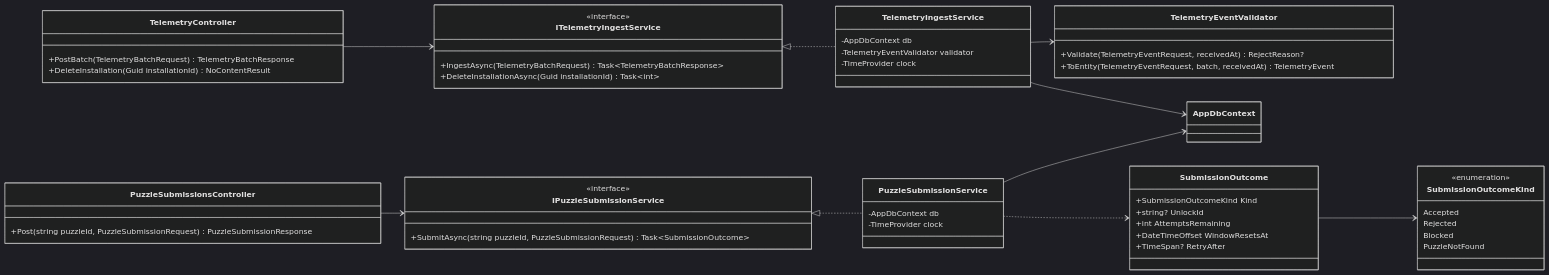
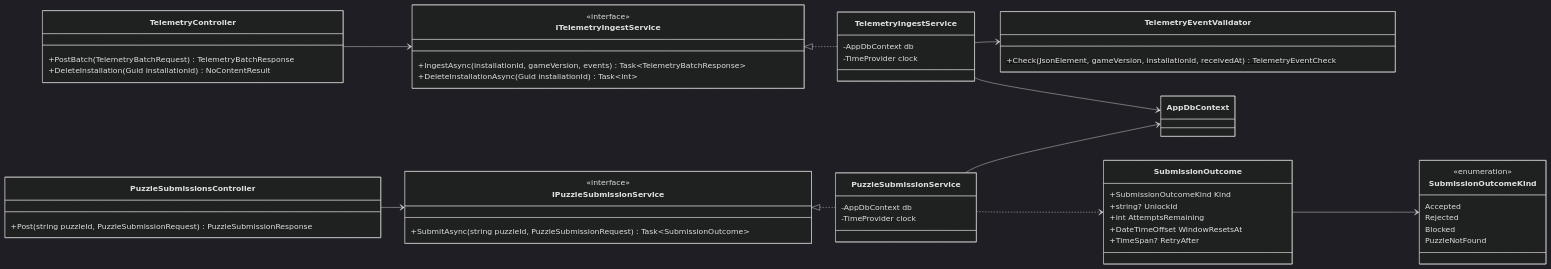
Before and after one commit to qivarnq3g/3-gio-12: the second of 5 diagrams in docs/thiet-ke/luoc-do-lop-may-chu.md, drawn with Mermaid (dark theme). The commit also changed other lines of this file, not shown here.

````diff
--- a/docs/thiet-ke/luoc-do-lop-may-chu.md
+++ b/docs/thiet-ke/luoc-do-lop-may-chu.md
@@ -166,68 +166,66 @@
 ```mermaid
 classDiagram
     direction LR
 
     class TelemetryController {
         +PostBatch(TelemetryBatchRequest) TelemetryBatchResponse
         +DeleteInstallation(Guid installationId) NoContentResult
     }
 
     class PuzzleSubmissionsController {
         +Post(string puzzleId, PuzzleSubmissionRequest) PuzzleSubmissionResponse
     }
 
     class ITelemetryIngestService {
         <<interface>>
-        +IngestAsync(TelemetryBatchRequest) Task~TelemetryBatchResponse~
+        +IngestAsync(installationId, gameVersion, events) Task~TelemetryBatchResponse~
         +DeleteInstallationAsync(Guid installationId) Task~int~
     }
 
     class TelemetryIngestService {
         -AppDbContext db
-        -TelemetryEventValidator validator
         -TimeProvider clock
     }
 
     class TelemetryEventValidator {
-        +Validate(TelemetryEventRequest, receivedAt) RejectReason?
-        +ToEntity(TelemetryEventRequest, batch, receivedAt) TelemetryEvent
+        +Check(JsonElement, gameVersion, installationId, receivedAt) TelemetryEventCheck$
     }
 
     class IPuzzleSubmissionService {
         <<interface>>
         +SubmitAsync(string puzzleId, PuzzleSubmissionRequest) Task~SubmissionOutcome~
     }
 
     class PuzzleSubmissionService {
         -AppDbContext db
         -TimeProvider clock
     }
 
     class SubmissionOutcome {
         +SubmissionOutcomeKind Kind
         +string? UnlockId
         +int AttemptsRemaining
         +DateTimeOffset WindowResetsAt
         +TimeSpan? RetryAfter
     }
 
     class SubmissionOutcomeKind {
         <<enumeration>>
         Accepted
         Rejected
         Blocked
         PuzzleNotFound
     }
 
     class AppDbContext
 
     TelemetryController --> ITelemetryIngestService
     PuzzleSubmissionsController --> IPuzzleSubmissionService
     ITelemetryIngestService <|.. TelemetryIngestService
     IPuzzleSubmissionService <|.. PuzzleSubmissionService
     TelemetryIngestService --> TelemetryEventValidator
     TelemetryIngestService --> AppDbContext
     PuzzleSubmissionService --> AppDbContext
     PuzzleSubmissionService ..> SubmissionOutcome
     SubmissionOutcome --> SubmissionOutcomeKind
 ```
````
